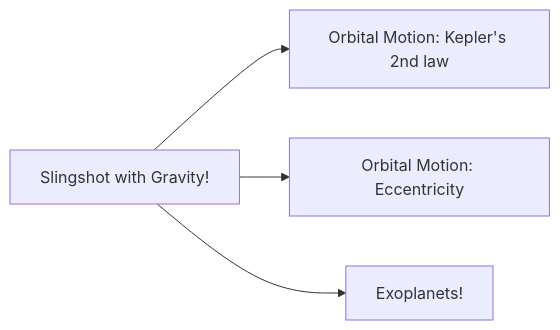
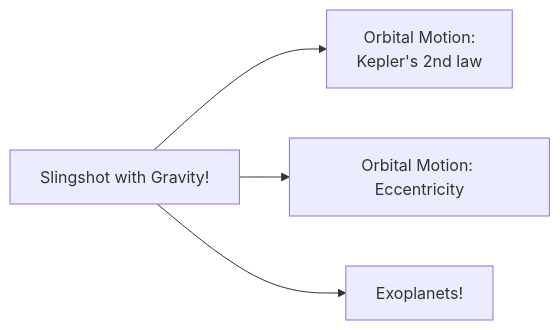
The fifth of 7 diagrams in flowchart.qmd (stemcoding/stemcoding.github.io), drawn with Mermaid before and after one commit. The commit also changed 2 other files, not shown here.

Commit message:
fix issue with the flowchart page

````diff
--- a/flowchart.qmd
+++ b/flowchart.qmd
@@ -46,6 +46,6 @@
 ```{mermaid}
 flowchart LR
-  A[Slingshot with Gravity!] --> B[Orbital Motion: Kepler's 2nd law]
+  A[Slingshot with Gravity!] --> B["Orbital Motion: <br>Kepler's 2nd law"]
   A --> C[Orbital Motion: Eccentricity]
   A --> D[Exoplanets!]
 ```
````
